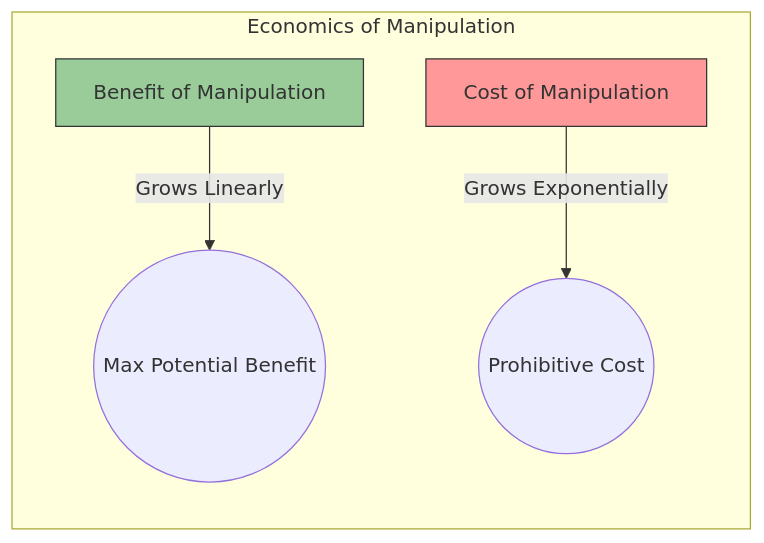
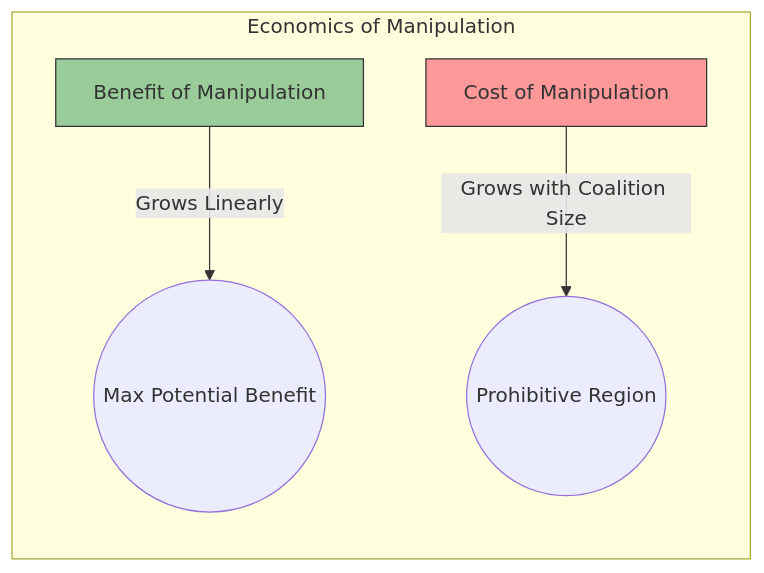
Before and after one commit to dvdgdn/agency-protocol: the eighth of 10 diagrams in docs/whitepaper.org, drawn with Mermaid. The commit also changed other lines of this file and 106 other files, not shown here.

```diff
--- a/docs/whitepaper.org
+++ b/docs/whitepaper.org
@@ -537,10 +537,10 @@
 #+BEGIN_SRC mermaid :file manipulation_cost.svg
 graph LR
 subgraph "Economics of Manipulation"
 A[Benefit of Manipulation] -->|"Grows Linearly"| B((Max Potential Benefit))
-C[Cost of Manipulation] -->|"Grows Exponentially"| D((Prohibitive Cost))
+C[Cost of Manipulation] -->|"Grows with Coalition Size"| D((Prohibitive Region))
 end
 
 style A fill:#9c9,stroke:#333
 style C fill:#f99,stroke:#333
 #+END_SRC
```
